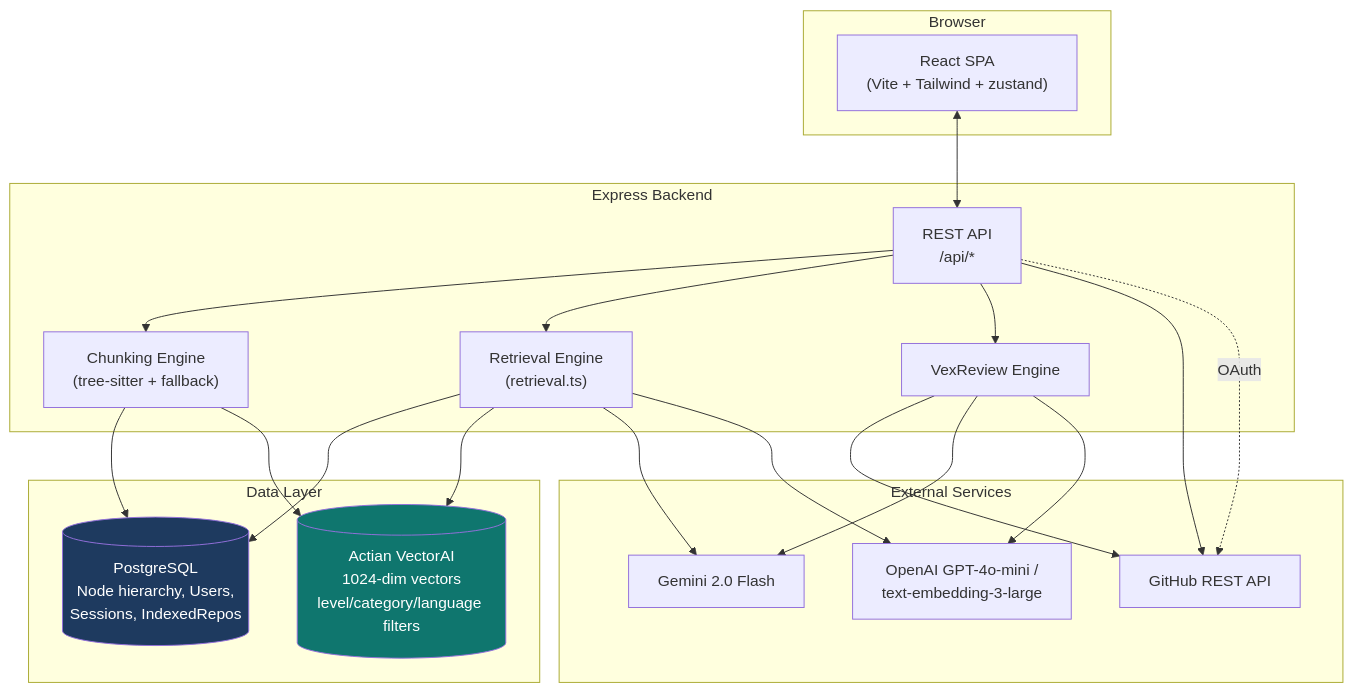
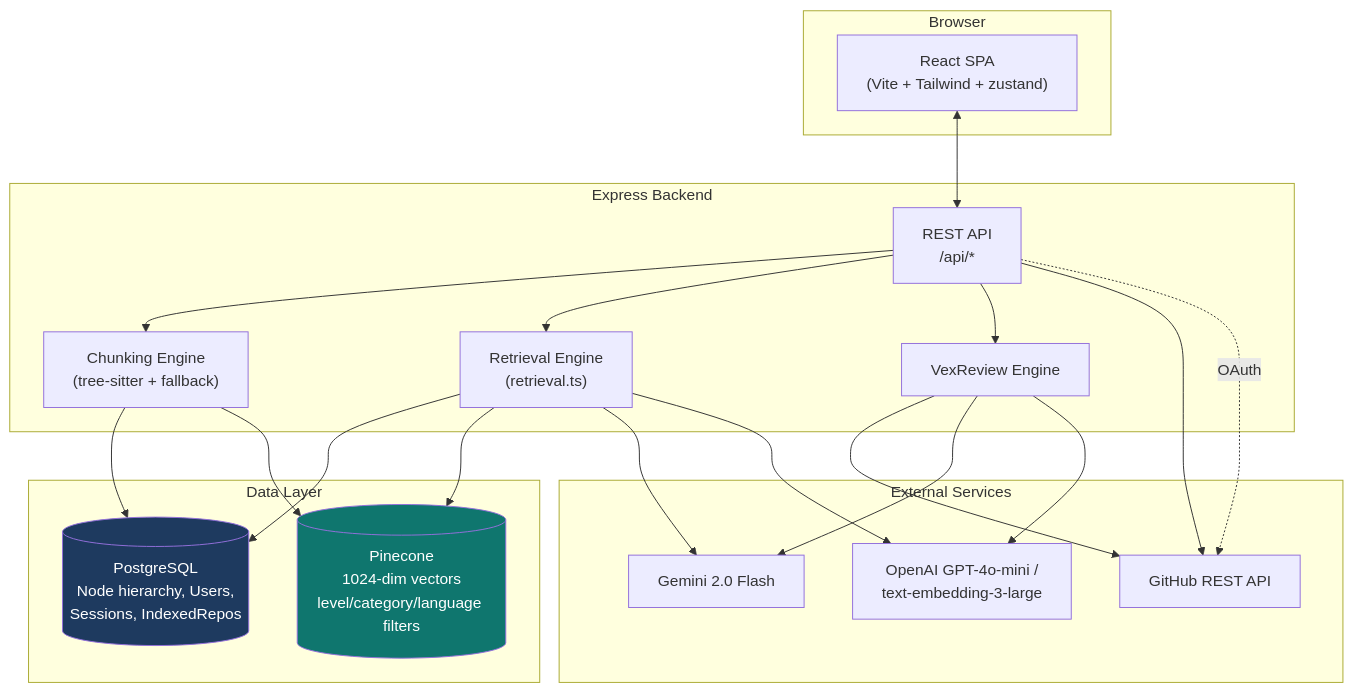
Before and after one commit to arpan7sarkar/GitPlus: the first of 5 diagrams in README.md, drawn with Mermaid. The commit also changed other lines of this file and 28 other files, not shown here.

First line of the commit message:
Migrate Actian vector storage to Pinecone (#17)

````diff
--- a/README.md
+++ b/README.md
@@ -54,43 +58,43 @@
 ```mermaid
 graph TB
     subgraph Client["Browser"]
         FE["React SPA<br/>(Vite + Tailwind + zustand)"]
     end
 
     subgraph Server["Express Backend"]
         API["REST API<br/>/api/*"]
         RET["Retrieval Engine<br/>(retrieval.ts)"]
         CHUNK["Chunking Engine<br/>(tree-sitter + fallback)"]
         VEX["VexReview Engine"]
     end
 
     subgraph Data["Data Layer"]
         PG[("PostgreSQL<br/>Node hierarchy, Users,<br/>Sessions, IndexedRepos")]
-        ACTIAN[("Actian VectorAI<br/>1024-dim vectors<br/>level/category/language filters")]
+        PINECONE[("Pinecone<br/>1024-dim vectors<br/>level/category/language filters")]
     end
 
     subgraph External["External Services"]
         GH["GitHub REST API"]
         GEMINI["Gemini 2.0 Flash"]
         OPENAI["OpenAI GPT-4o-mini /<br/>text-embedding-3-large"]
     end
 
     FE <--> API
     API --> CHUNK
     API --> RET
     API --> VEX
     CHUNK --> PG
-    CHUNK --> ACTIAN
+    CHUNK --> PINECONE
     RET --> PG
-    RET --> ACTIAN
+    RET --> PINECONE
     RET --> GEMINI
     RET --> OPENAI
     VEX --> GH
     VEX --> GEMINI
     VEX --> OPENAI
     API --> GH
     API -.OAuth.-> GH
 
-    style ACTIAN fill:#0f766e,color:#fff
+    style PINECONE fill:#0f766e,color:#fff
     style PG fill:#1e3a5f,color:#fff
 ```
````
